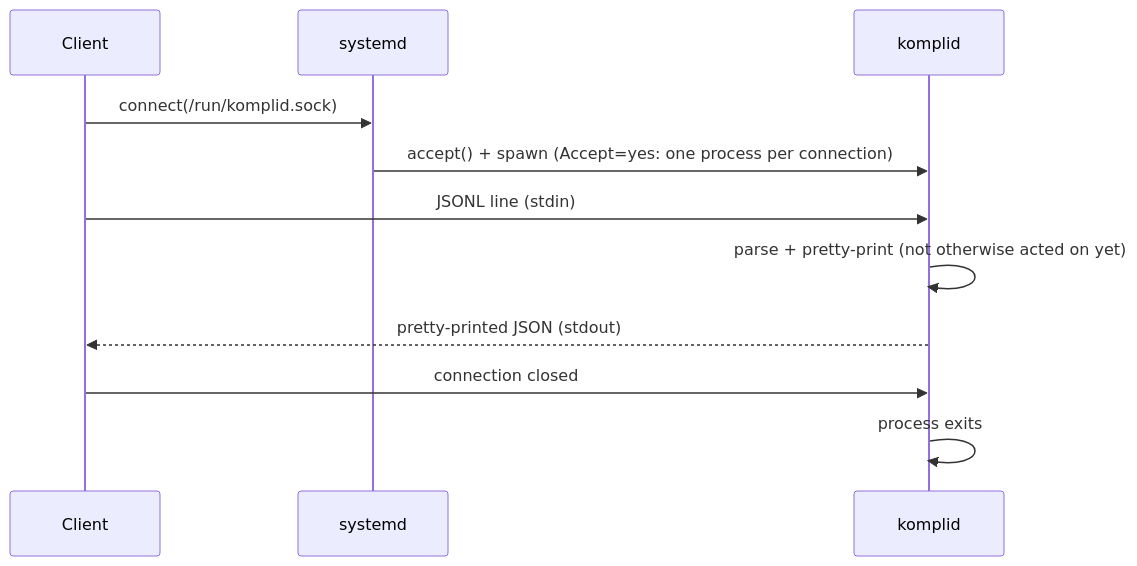
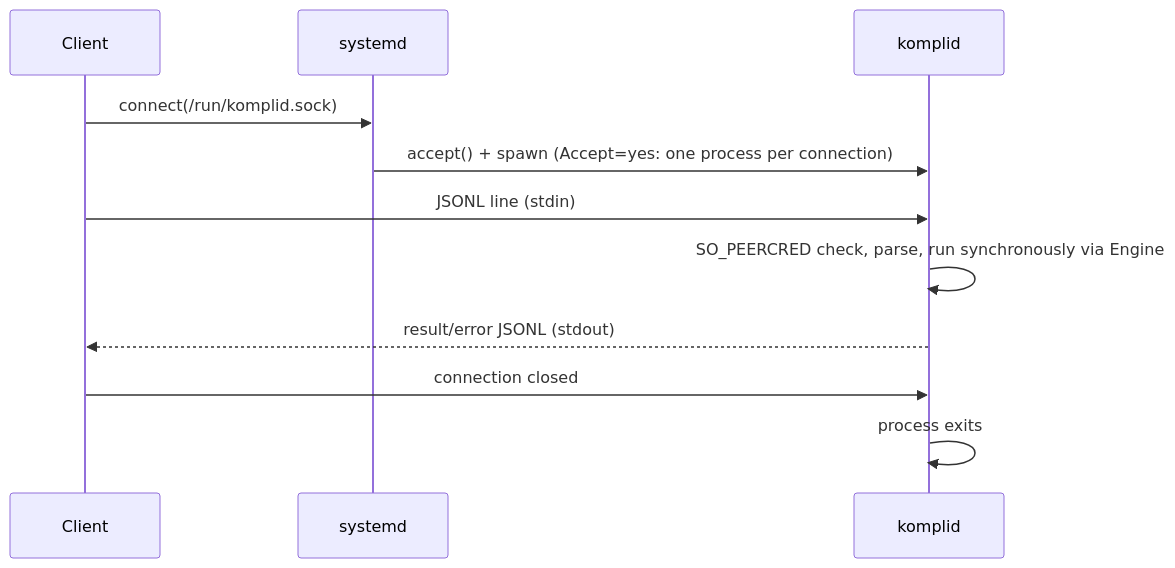
The second of 5 diagrams in docs/architecture.md (microsoft/kompli), drawn with Mermaid before and after one commit. The commit also changed other lines of this file and 11 other files, not shown here.

Commit message:
komplid: synchronous JSONL audit/remediate core

````diff
--- a/docs/architecture.md
+++ b/docs/architecture.md
@@ -109,13 +113,13 @@
 ```mermaid
 sequenceDiagram
     participant Client
     participant systemd
     participant komplid
     Client->>systemd: connect(/run/komplid.sock)
     systemd->>komplid: accept() + spawn (Accept=yes: one process per connection)
     Client->>komplid: JSONL line (stdin)
-    komplid->>komplid: parse + pretty-print (not otherwise acted on yet)
-    komplid-->>Client: pretty-printed JSON (stdout)
+    komplid->>komplid: SO_PEERCRED check, parse, run synchronously via Engine
+    komplid-->>Client: result/error JSONL (stdout)
     Client->>komplid: connection closed
     komplid->>komplid: process exits
 ```
````
